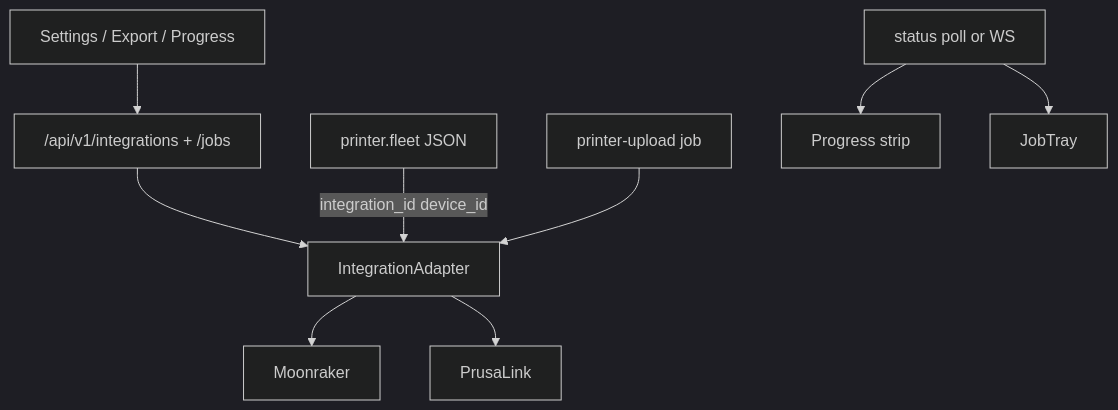
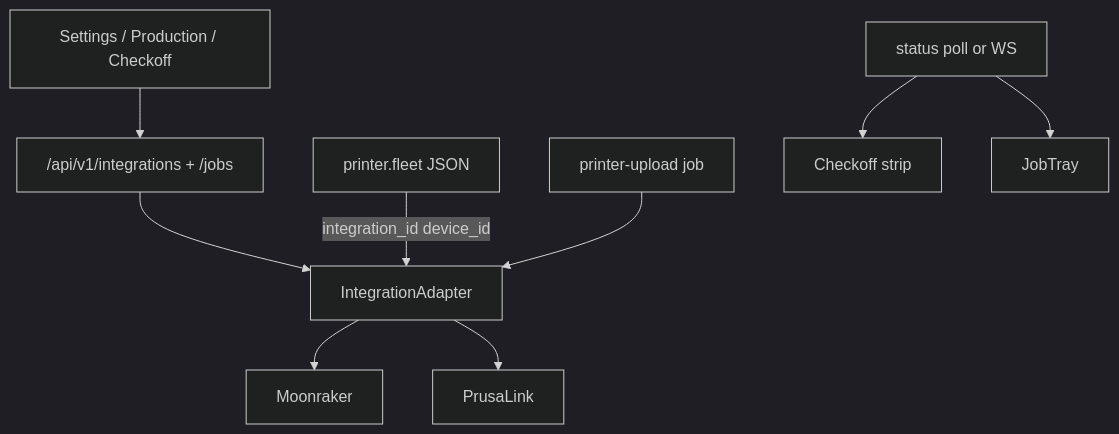
The third of 3 diagrams in docs/integrations/PRINTER_UX.md (poitee/PrintPartnerPartner), drawn with Mermaid (dark theme) before and after one commit. The commit also changed other lines of this file and 15 other files, not shown here.

First line of the commit message:
docs: align public guides with Builds → Sources → Plan → Checkoff → Production

````diff
--- a/docs/integrations/PRINTER_UX.md
+++ b/docs/integrations/PRINTER_UX.md
@@ -169,11 +169,11 @@
 ```mermaid
 flowchart TB
-  UI[Settings / Export / Progress] --> API["/api/v1/integrations + /jobs"]
+  UI[Settings / Production / Checkoff] --> API["/api/v1/integrations + /jobs"]
   API --> Adapter[IntegrationAdapter]
   Adapter --> MR[Moonraker]
   Adapter --> PL[PrusaLink]
   Fleet[printer.fleet JSON] -->|integration_id device_id| Adapter
   Jobs[printer-upload job] --> Adapter
-  Watch[status poll or WS] --> ProgressUI[Progress strip]
+  Watch[status poll or WS] --> ProgressUI[Checkoff strip]
   Watch --> JobTray
 ```
````
